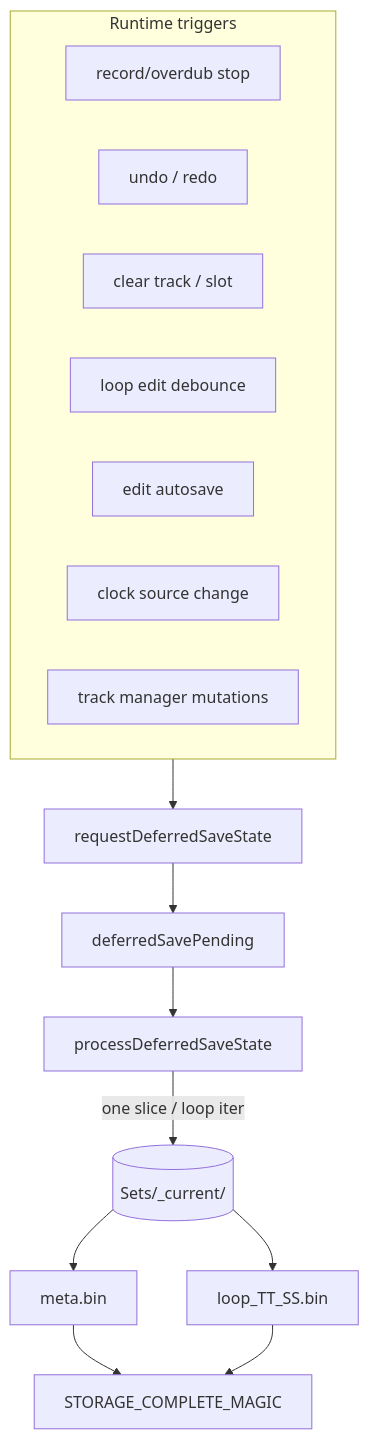
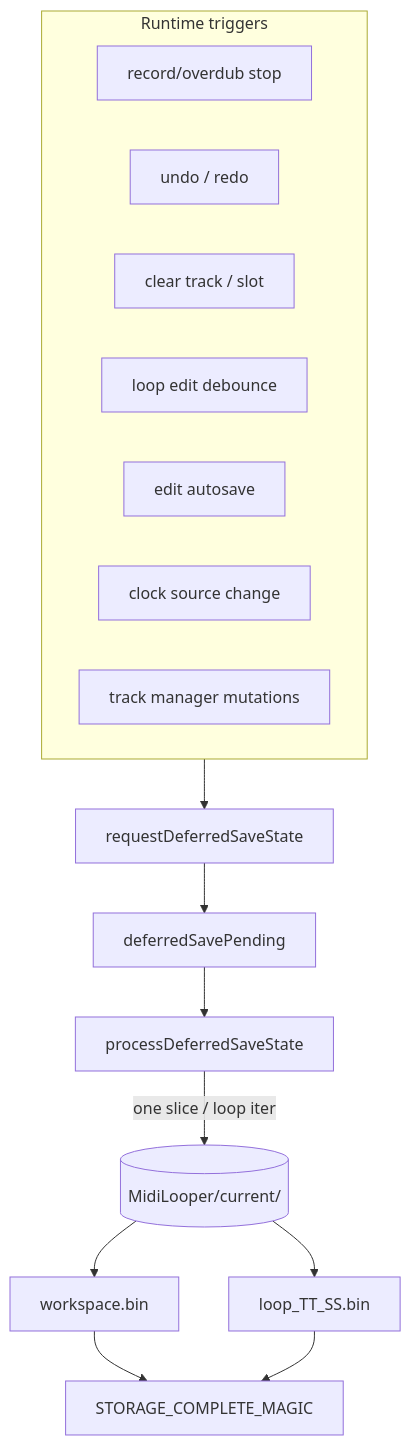
One commit to Lytrix/MidiLooper changed the diagram in docs/Guides/DEFERRED_RUNTIME_PERSISTENCE.md. Above: the diagram before and after it, drawn with Mermaid. The commit also changed other lines of this file and 71 other files, not shown here.

````diff
--- a/docs/Guides/DEFERRED_RUNTIME_PERSISTENCE.md
+++ b/docs/Guides/DEFERRED_RUNTIME_PERSISTENCE.md
@@ -50,20 +50,20 @@
 ```mermaid
 flowchart TB
   subgraph triggers [Runtime triggers]
     RS[record/overdub stop]
     UR[undo / redo]
     CL[clear track / slot]
     LE[loop edit debounce]
     EA[edit autosave]
     CS[clock source change]
     TM[track manager mutations]
   end
   triggers --> REQ[requestDeferredSaveState]
   REQ --> Q[deferredSavePending]
   Q --> PROC[processDeferredSaveState]
-  PROC -->|one slice / loop iter| SD[(Sets/_current/)]
-  SD --> META[meta.bin]
+  PROC -->|one slice / loop iter| SD[(MidiLooper/current/)]
+  SD --> META[workspace.bin]
   SD --> LOOP[loop_TT_SS.bin]
   META --> CM[STORAGE_COMPLETE_MAGIC]
   LOOP --> CM
 ```
````
